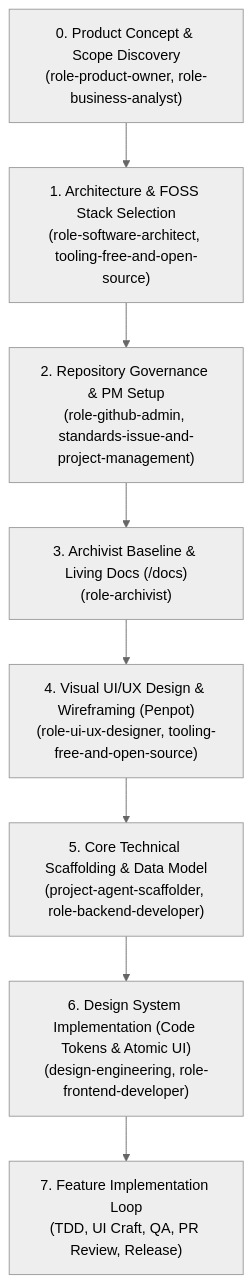
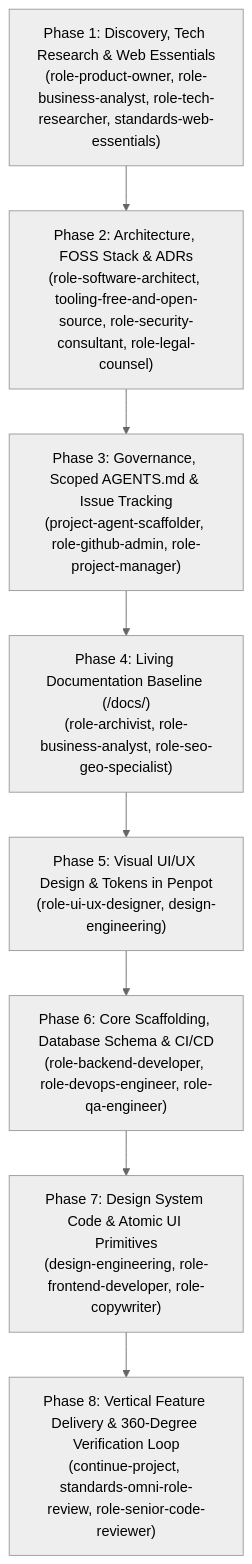
One commit to michalpmoroz/project-lifecycle-skills changed the diagram in project-lifecycle/SKILL.md. Above: the diagram before and after it, drawn with Mermaid (neutral theme). The commit also changed other lines of this file and 70 other files, not shown here.

````diff
--- a/project-lifecycle/SKILL.md
+++ b/project-lifecycle/SKILL.md
@@ -9,10 +23,10 @@
 ```mermaid
 flowchart TD
-    S0["0. Product Concept & Scope Discovery<br/>(role-product-owner, role-business-analyst)"] --> S1["1. Architecture & FOSS Stack Selection<br/>(role-software-architect, tooling-free-and-open-source)"]
-    S1 --> S2["2. Repository Governance & PM Setup<br/>(role-github-admin, standards-issue-and-project-management)"]
-    S2 --> S3["3. Archivist Baseline & Living Docs (/docs)<br/>(role-archivist)"]
-    S3 --> S4["4. Visual UI/UX Design & Wireframing (Penpot)<br/>(role-ui-ux-designer, tooling-free-and-open-source)"]
-    S4 --> S5["5. Core Technical Scaffolding & Data Model<br/>(project-agent-scaffolder, role-backend-developer)"]
-    S5 --> S6["6. Design System Implementation (Code Tokens & Atomic UI)<br/>(design-engineering, role-frontend-developer)"]
-    S6 --> S7["7. Feature Implementation Loop<br/>(TDD, UI Craft, QA, PR Review, Release)"]
+    P1["Phase 1: Discovery, Tech Research & Web Essentials<br/>(role-product-owner, role-business-analyst, role-tech-researcher, standards-web-essentials)"] --> P2["Phase 2: Architecture, FOSS Stack & ADRs<br/>(role-software-architect, tooling-free-and-open-source, role-security-consultant, role-legal-counsel)"]
+    P2 --> P3["Phase 3: Governance, Scoped AGENTS.md & Issue Tracking<br/>(project-agent-scaffolder, role-github-admin, role-project-manager)"]
+    P3 --> P4["Phase 4: Living Documentation Baseline (/docs/)<br/>(role-archivist, role-business-analyst, role-seo-geo-specialist)"]
+    P4 --> P5["Phase 5: Visual UI/UX Design & Tokens in Penpot<br/>(role-ui-ux-designer, design-engineering)"]
+    P5 --> P6["Phase 6: Core Scaffolding, Database Schema & CI/CD<br/>(role-backend-developer, role-devops-engineer, role-qa-engineer)"]
+    P6 --> P7["Phase 7: Design System Code & Atomic UI Primitives<br/>(design-engineering, role-frontend-developer, role-copywriter)"]
+    P7 --> P8["Phase 8: Vertical Feature Delivery & 360-Degree Verification Loop<br/>(continue-project, standards-omni-role-review, role-senior-code-reviewer)"]
 ```
````
